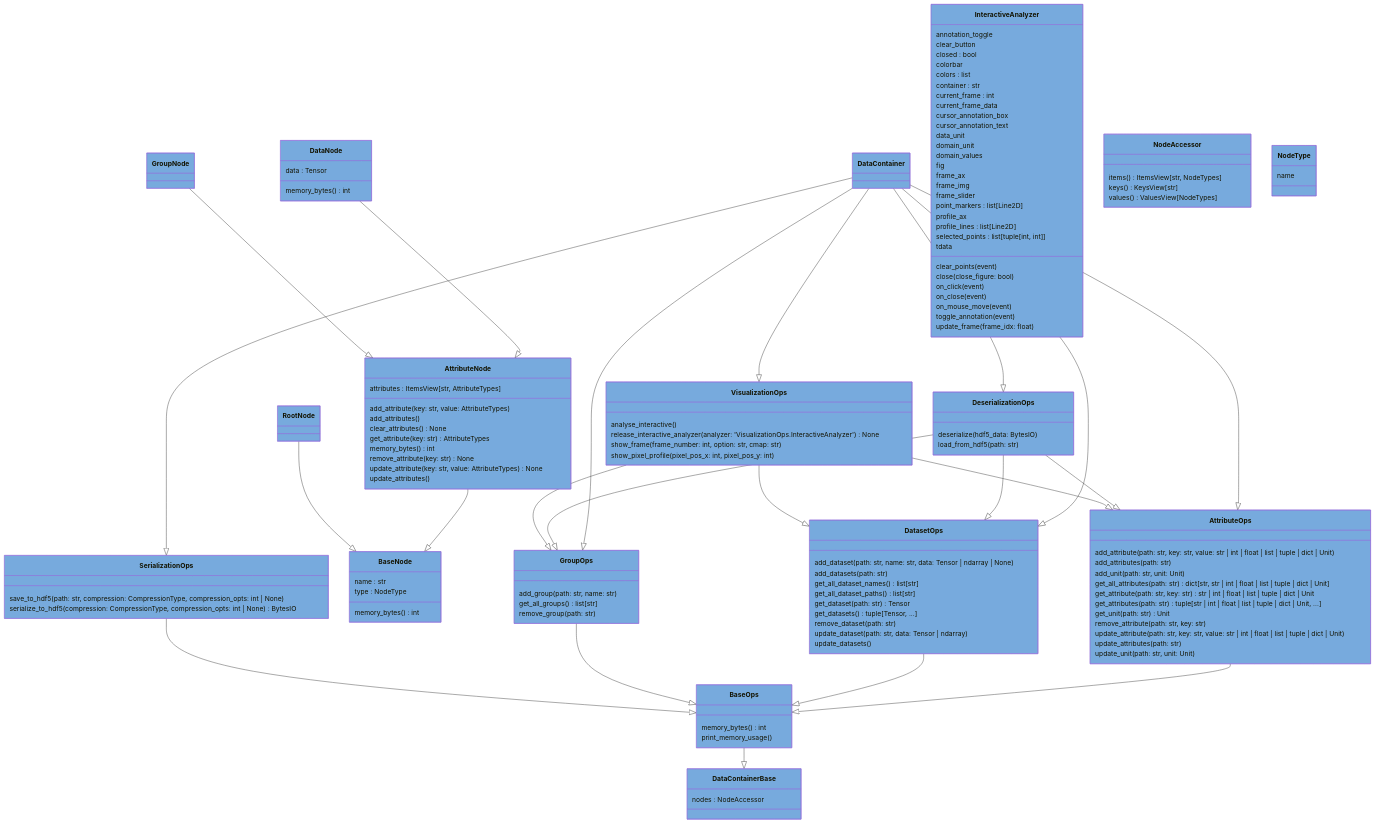
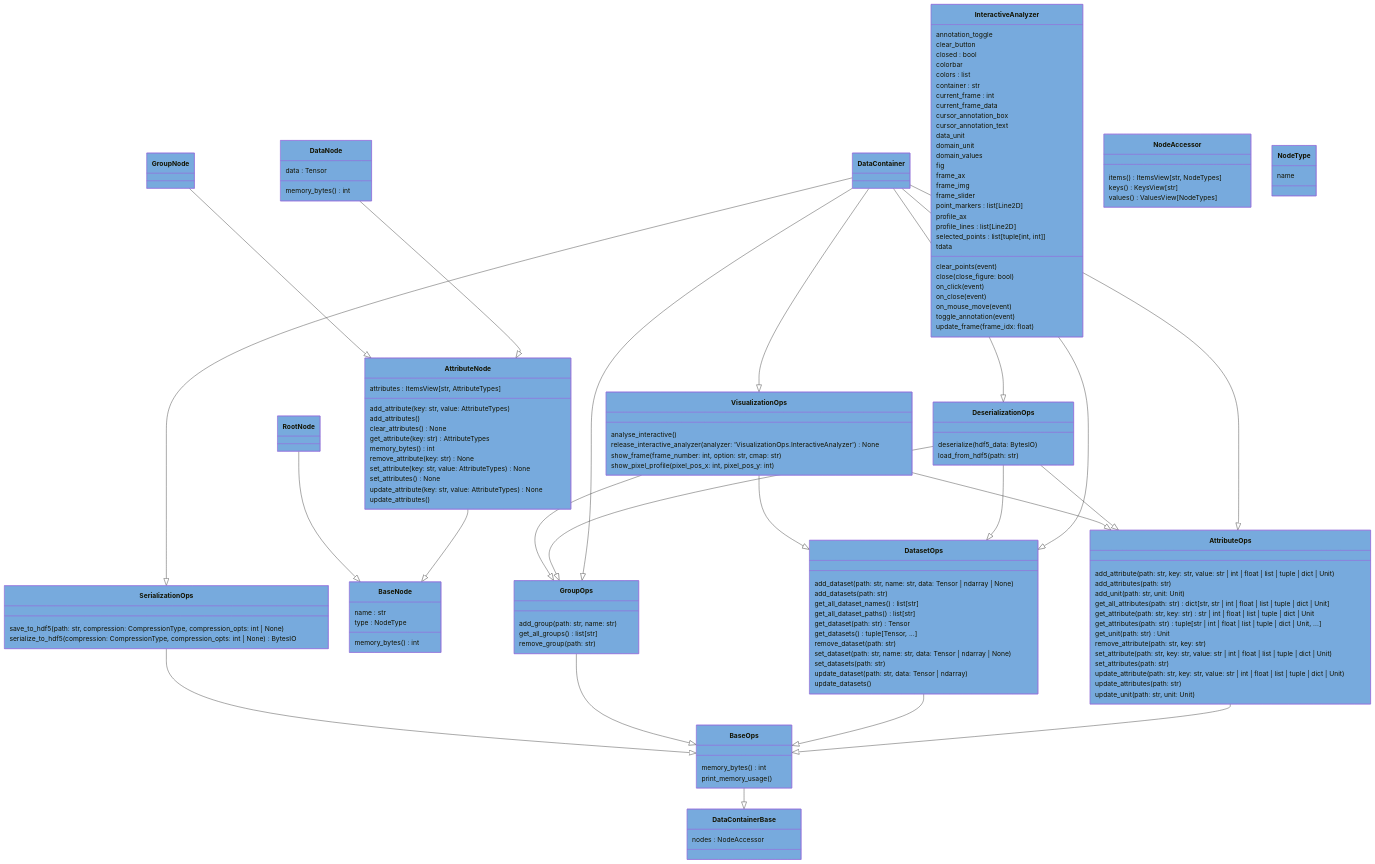
One commit to voidsy-gmbh/pyThermoNDT changed the diagram in docs/pyreverse/mermaid/classes_pythermondt.data.datacontainer.mmd. Above: the diagram before and after it, drawn with Mermaid. The commit also changed 23 other files, not shown here.

```diff
--- a/docs/pyreverse/mermaid/classes_pythermondt.data.datacontainer.mmd
+++ b/docs/pyreverse/mermaid/classes_pythermondt.data.datacontainer.mmd
@@ -1,154 +1,160 @@
 classDiagram
   class AttributeNode {
     attributes : ItemsView[str, AttributeTypes]
     add_attribute(key: str, value: AttributeTypes)
     add_attributes()
     clear_attributes() None
     get_attribute(key: str) AttributeTypes
     memory_bytes() int
     remove_attribute(key: str) None
+    set_attribute(key: str, value: AttributeTypes) None
+    set_attributes() None
     update_attribute(key: str, value: AttributeTypes) None
     update_attributes()
   }
   style AttributeNode fill:#77AADD
   class AttributeOps {
     add_attribute(path: str, key: str, value: str | int | float | list | tuple | dict | Unit)
     add_attributes(path: str)
     add_unit(path: str, unit: Unit)
     get_all_attributes(path: str) dict[str, str | int | float | list | tuple | dict | Unit]
     get_attribute(path: str, key: str) str | int | float | list | tuple | dict | Unit
     get_attributes(path: str) tuple[str | int | float | list | tuple | dict | Unit, ...]
     get_unit(path: str) Unit
     remove_attribute(path: str, key: str)
+    set_attribute(path: str, key: str, value: str | int | float | list | tuple | dict | Unit)
+    set_attributes(path: str)
     update_attribute(path: str, key: str, value: str | int | float | list | tuple | dict | Unit)
     update_attributes(path: str)
     update_unit(path: str, unit: Unit)
   }
   style AttributeOps fill:#77AADD
   class BaseNode {
     name : str
     type : NodeType
     memory_bytes() int
   }
   style BaseNode fill:#77AADD
   class BaseOps {
     memory_bytes() int
     print_memory_usage()
   }
   style BaseOps fill:#77AADD
   class DataContainer {
   }
   style DataContainer fill:#77AADD
   class DataContainerBase {
     nodes : NodeAccessor
   }
   style DataContainerBase fill:#77AADD
   class DataNode {
     data : Tensor
     memory_bytes() int
   }
   style DataNode fill:#77AADD
   class DatasetOps {
     add_dataset(path: str, name: str, data: Tensor | ndarray | None)
     add_datasets(path: str)
     get_all_dataset_names() list[str]
     get_all_dataset_paths() list[str]
     get_dataset(path: str) Tensor
     get_datasets() tuple[Tensor, ...]
     remove_dataset(path: str)
+    set_dataset(path: str, name: str, data: Tensor | ndarray | None)
+    set_datasets(path: str)
     update_dataset(path: str, data: Tensor | ndarray)
     update_datasets()
   }
   style DatasetOps fill:#77AADD
   class DeserializationOps {
     deserialize(hdf5_data: BytesIO)
     load_from_hdf5(path: str)
   }
   style DeserializationOps fill:#77AADD
   class GroupNode {
   }
   style GroupNode fill:#77AADD
   class GroupOps {
     add_group(path: str, name: str)
     get_all_groups() list[str]
     remove_group(path: str)
   }
   style GroupOps fill:#77AADD
   class InteractiveAnalyzer {
     annotation_toggle
     clear_button
     closed : bool
     colorbar
     colors : list
     container : str
     current_frame : int
     current_frame_data
     cursor_annotation_box
     cursor_annotation_text
     data_unit
     domain_unit
     domain_values
     fig
     frame_ax
     frame_img
     frame_slider
     point_markers : list[Line2D]
     profile_ax
     profile_lines : list[Line2D]
     selected_points : list[tuple[int, int]]
     tdata
     clear_points(event)
     close(close_figure: bool)
     on_click(event)
     on_close(event)
     on_mouse_move(event)
     toggle_annotation(event)
     update_frame(frame_idx: float)
   }
   style InteractiveAnalyzer fill:#77AADD
   class NodeAccessor {
     items() ItemsView[str, NodeTypes]
     keys() KeysView[str]
     values() ValuesView[NodeTypes]
   }
   style NodeAccessor fill:#77AADD
   class NodeType {
     name
   }
   style NodeType fill:#77AADD
   class RootNode {
   }
   style RootNode fill:#77AADD
   class SerializationOps {
     save_to_hdf5(path: str, compression: CompressionType, compression_opts: int | None)
     serialize_to_hdf5(compression: CompressionType, compression_opts: int | None) BytesIO
   }
   style SerializationOps fill:#77AADD
   class VisualizationOps {
     analyse_interactive()
     release_interactive_analyzer(analyzer: 'VisualizationOps.InteractiveAnalyzer') None
     show_frame(frame_number: int, option: str, cmap: str)
     show_pixel_profile(pixel_pos_x: int, pixel_pos_y: int)
   }
   style VisualizationOps fill:#77AADD
   AttributeOps --|> BaseOps
   BaseOps --|> DataContainerBase
   DataContainer --|> AttributeOps
   DataContainer --|> DatasetOps
   DataContainer --|> GroupOps
   DataContainer --|> DeserializationOps
   DataContainer --|> SerializationOps
   DataContainer --|> VisualizationOps
   DatasetOps --|> BaseOps
   GroupOps --|> BaseOps
   AttributeNode --|> BaseNode
   DataNode --|> AttributeNode
   GroupNode --|> AttributeNode
   RootNode --|> BaseNode
   DeserializationOps --|> AttributeOps
   DeserializationOps --|> DatasetOps
   DeserializationOps --|> GroupOps
   SerializationOps --|> BaseOps
   VisualizationOps --|> AttributeOps
   VisualizationOps --|> DatasetOps
   VisualizationOps --|> GroupOps
```
